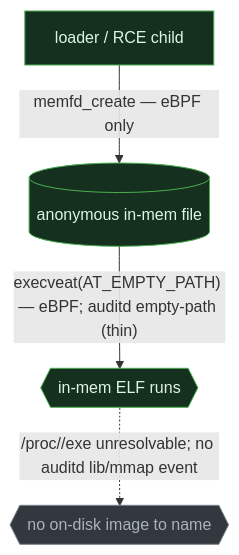
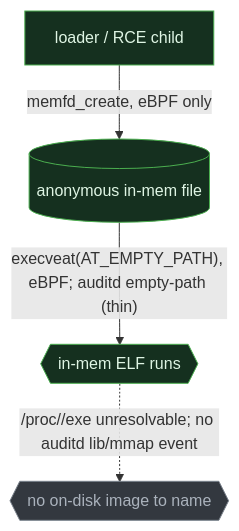
The third of 4 diagrams in src/execution/03-in-memory-exec.md (iimp0ster/os-internals-de-guide), drawn with Mermaid before and after one commit. The commit also changed other lines of this file and 53 other files, not shown here.

````diff
--- a/src/execution/03-in-memory-exec.md
+++ b/src/execution/03-in-memory-exec.md
@@ -97,8 +92,8 @@
 ```mermaid
 flowchart TB
-    P["loader / RCE child"]:::seen -->|"memfd_create — eBPF only"| MEM[("anonymous in-mem file")]:::seen
-    MEM -->|"execveat(AT_EMPTY_PATH) — eBPF; auditd empty-path (thin)"| X{{"in-mem ELF runs"}}:::seen
+    P["loader / RCE child"]:::seen -->|"memfd_create, eBPF only"| MEM[("anonymous in-mem file")]:::seen
+    MEM -->|"execveat(AT_EMPTY_PATH), eBPF; auditd empty-path (thin)"| X{{"in-mem ELF runs"}}:::seen
     X -.->|"/proc/<pid>/exe unresolvable; no auditd lib/mmap event"| B{{"no on-disk image to name"}}:::blind
     classDef seen fill:#15301f,stroke:#4caf50,color:#dff5e4;
     classDef blind fill:#33383f,stroke:#7a828c,color:#aab2bc;
 ```
````
